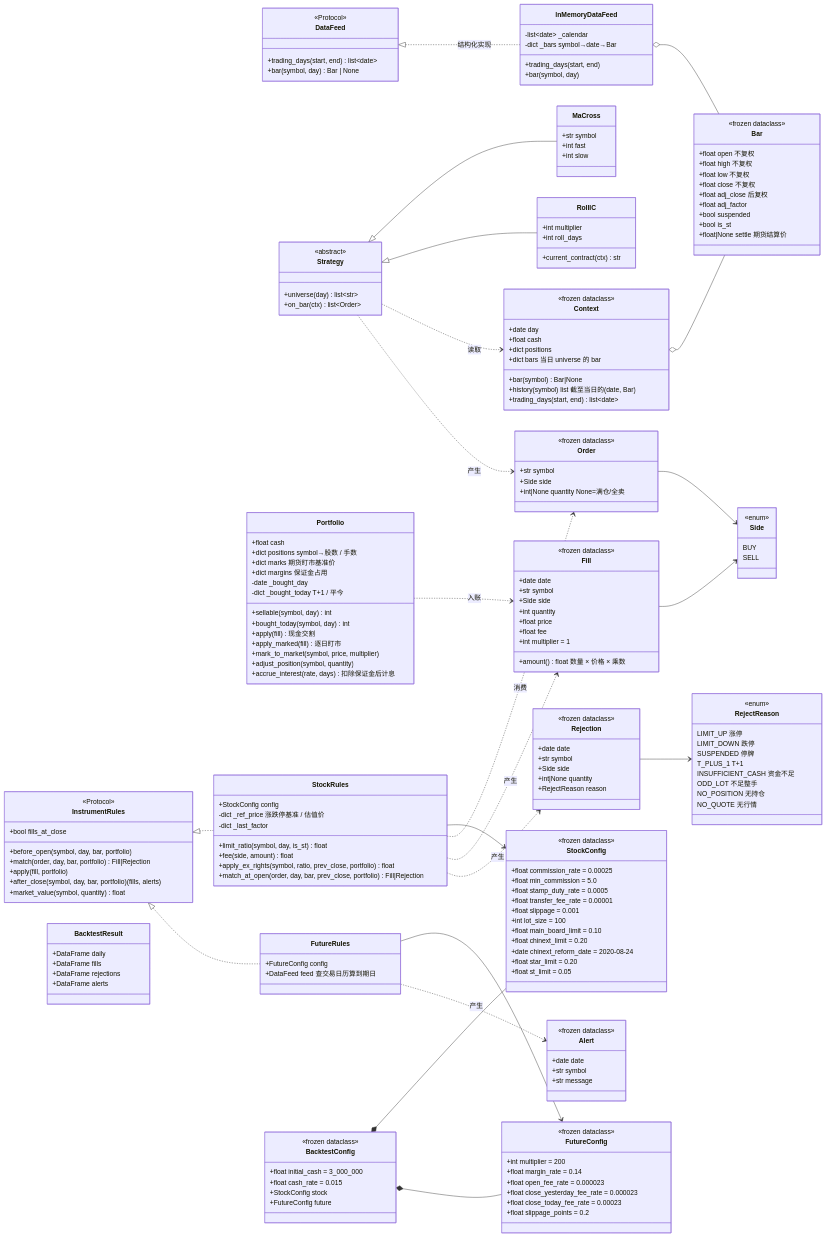
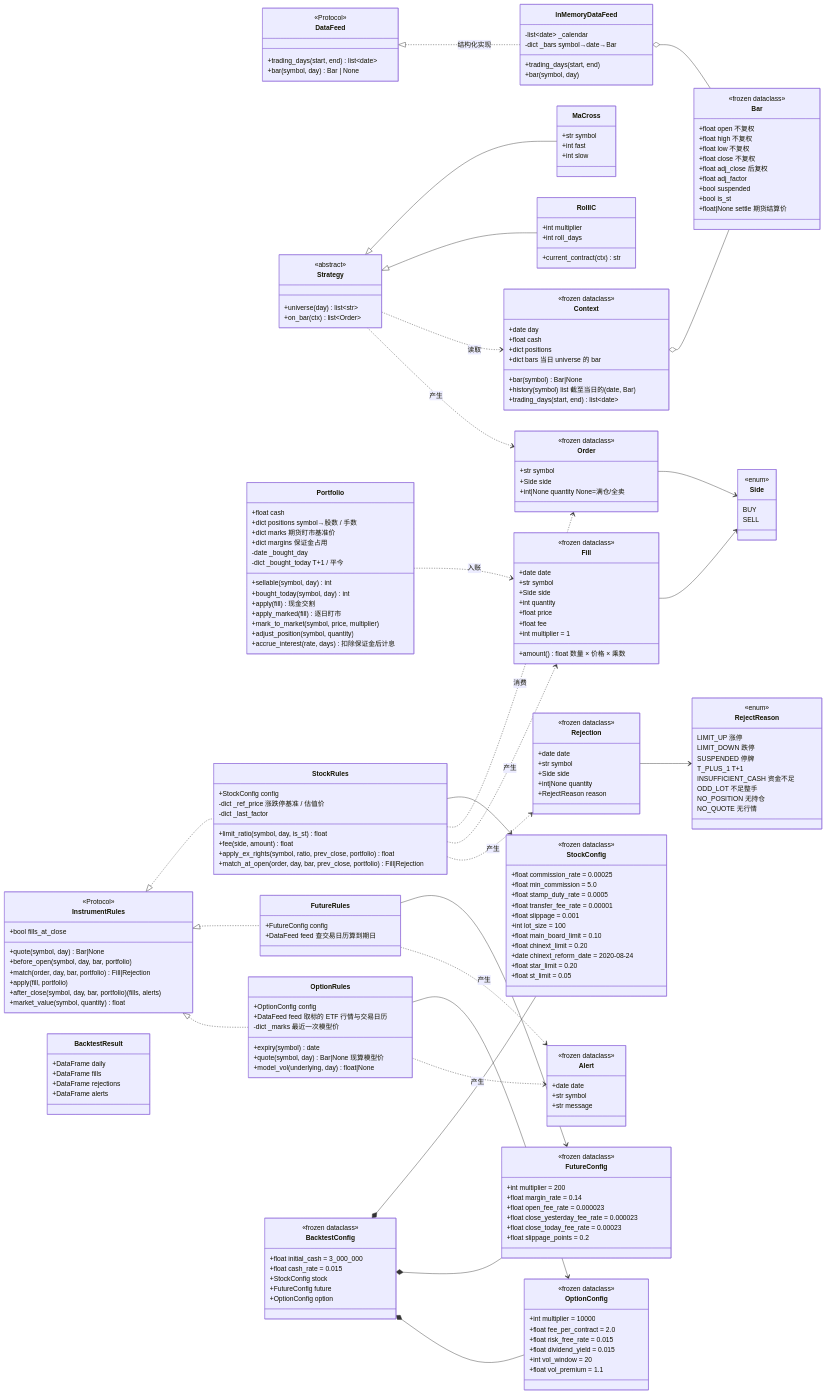
The third of 26 diagrams in docs/code-walkthrough.md (guevara12345/quant), drawn with Mermaid before and after one commit. The commit also changed other lines of this file and 14 other files, not shown here.

````diff
--- a/docs/code-walkthrough.md
+++ b/docs/code-walkthrough.md
@@ -308,6 +319,7 @@
     class InstrumentRules {
         <<Protocol>>
         +bool fills_at_close
+        +quote(symbol, day) Bar|None
         +before_open(symbol, day, bar, portfolio)
         +match(order, day, bar, portfolio) Fill|Rejection
         +apply(fill, portfolio)
@@ -355,12 +367,32 @@
         +DataFeed feed  查交易日历算到期日
     }
 
+    class OptionConfig {
+        <<frozen dataclass>>
+        +int multiplier = 10000
+        +float fee_per_contract = 2.0
+        +float risk_free_rate = 0.015
+        +float dividend_yield = 0.015
+        +int vol_window = 20
+        +float vol_premium = 1.1
+    }
+
+    class OptionRules {
+        +OptionConfig config
+        +DataFeed feed  取标的 ETF 行情与交易日历
+        -dict _marks  最近一次模型价
+        +expiry(symbol) date
+        +quote(symbol, day) Bar|None  现算模型价
+        +model_vol(underlying, day) float|None
+    }
+
     class BacktestConfig {
         <<frozen dataclass>>
         +float initial_cash = 3_000_000
         +float cash_rate = 0.015
         +StockConfig stock
         +FutureConfig future
+        +OptionConfig option
     }
 
     class BacktestResult {
@@ -376,6 +408,9 @@
     Strategy <|-- RollIC
     InstrumentRules <|.. StockRules
     InstrumentRules <|.. FutureRules
+    InstrumentRules <|.. OptionRules
+    OptionRules --> OptionConfig
+    OptionRules ..> Alert : 产生
     FutureRules --> FutureConfig
     FutureRules ..> Alert : 产生
     Strategy ..> Context : 读取
@@ -391,4 +426,5 @@
     Portfolio ..> Fill : 入账
     BacktestConfig *-- StockConfig
     BacktestConfig *-- FutureConfig
+    BacktestConfig *-- OptionConfig
 ```
````
